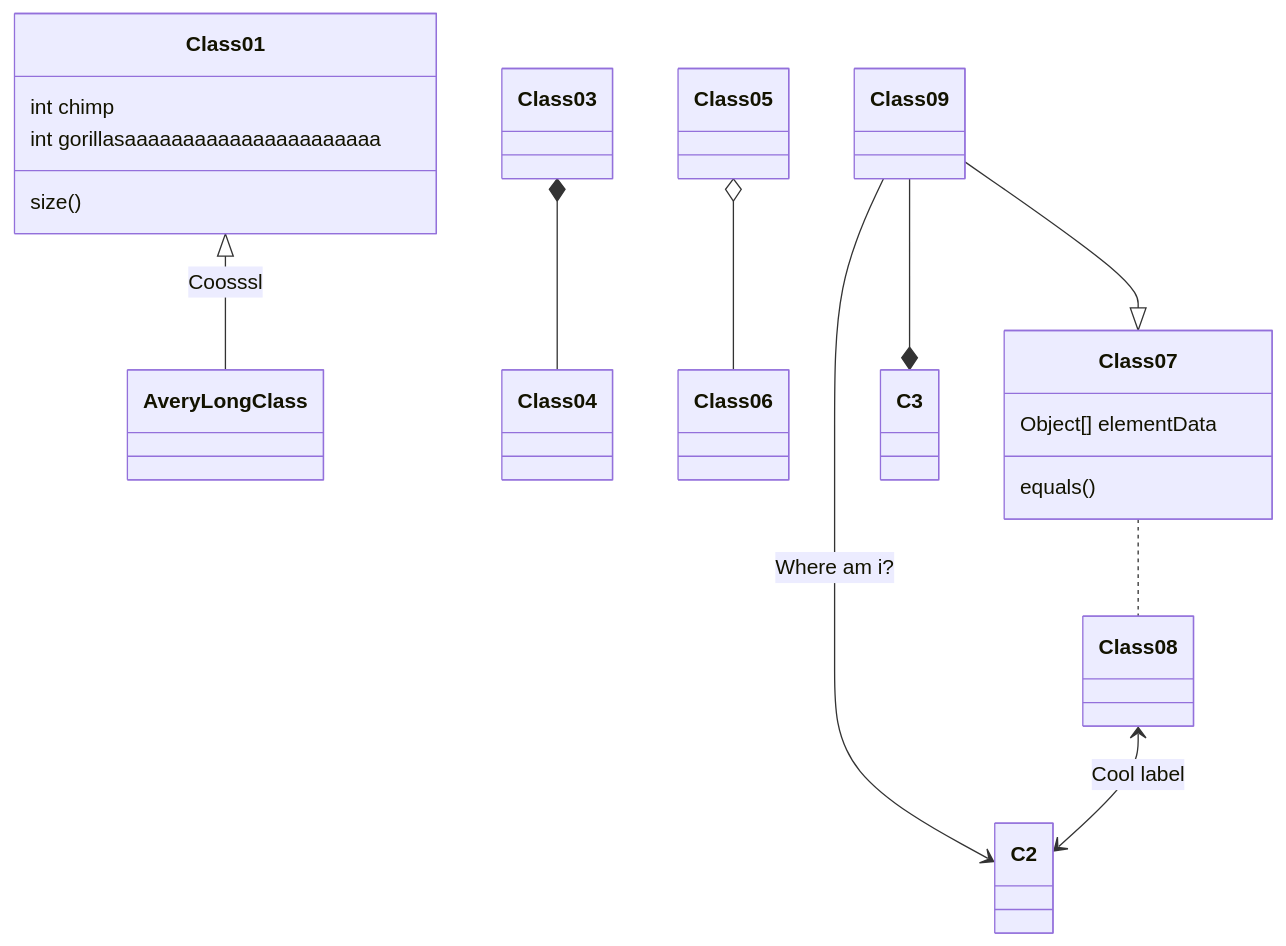
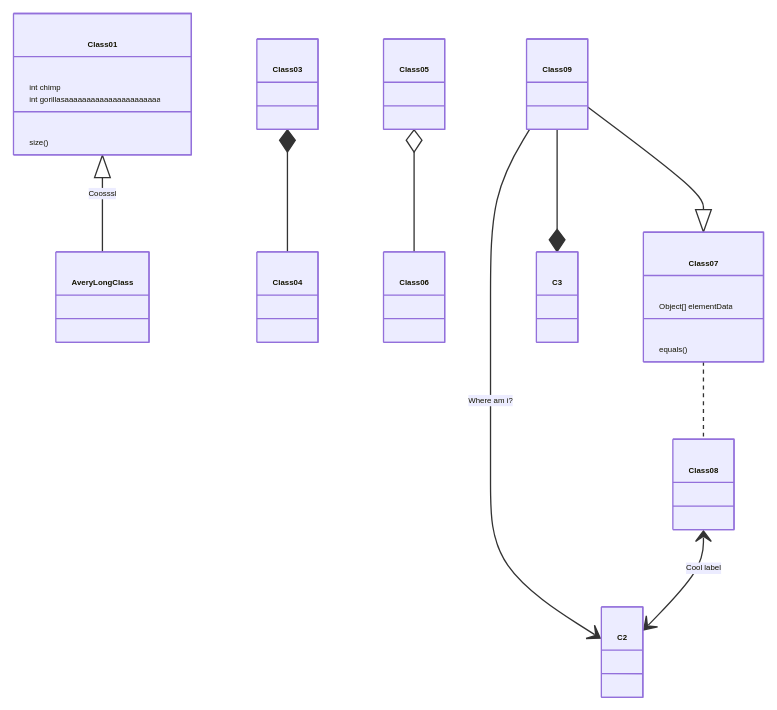
Before and after one commit to DanySK/Template-Hugo-Reveal-Slides: the second of 4 diagrams in content/_index.md, drawn with Mermaid. The commit also changed other lines of this file, not shown here.

````diff
--- a/content/_index.md
+++ b/content/_index.md
@@ -244,17 +267,17 @@
 ```mermaid
-%%{init: {'theme':'default', 'themeVariables': { 'fontSize': '1em', 'fontFamily': 'verdana' }}}%%
+%%{init: {'theme':'default', 'themeVariables': { 'fontSize': '.34em', 'fontFamily': 'verdana' }}}%%
 classDiagram
   Class01 <|-- AveryLongClass : Coosssl
   Class03 *-- Class04
   Class05 o-- Class06
   Class07 .. Class08
   Class09 --> C2 : Where am i?
   Class09 --* C3
   Class09 --|> Class07
   Class07 : equals()
   Class07 : Object[] elementData
   Class01 : size()
   Class01 : int chimp
   Class01 : int gorillasaaaaaaaaaaaaaaaaaaaaaa
   Class08 <--> C2: Cool label
 ```
````
